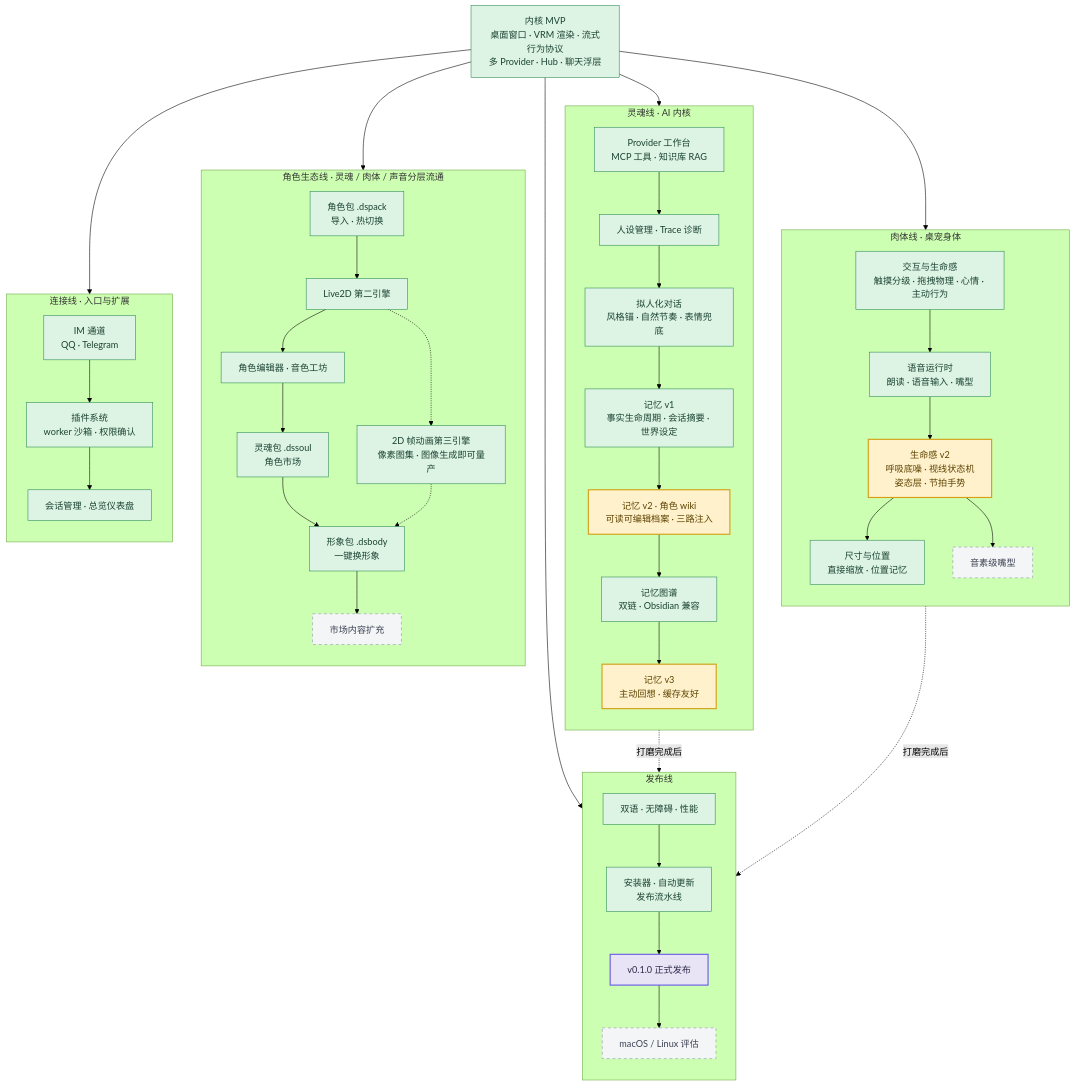
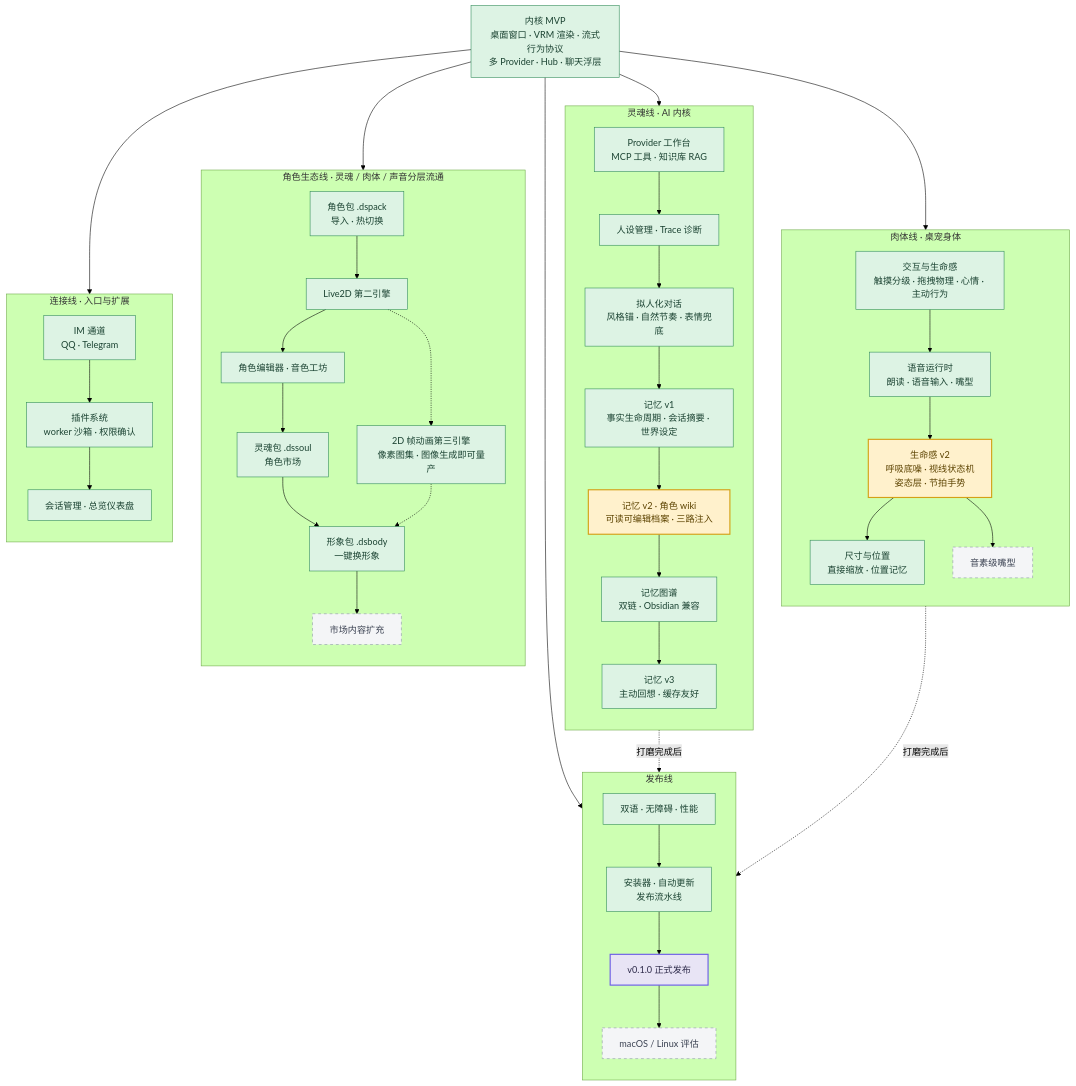
One commit to Furina-he/OpenPet changed the second of 2 diagrams in README.md. Above: the diagram before and after it, drawn with Mermaid (forest theme).

Commit message:
docs(readme): mark roadmap S7 memory v3 as done after real-window verification

````diff
--- a/README.md
+++ b/README.md
@@ -234,72 +234,72 @@
 ```mermaid
 flowchart TB
   classDef done fill:#DDF3E4,stroke:#2E8B57,color:#1B4332
   classDef active fill:#FFF1CC,stroke:#D4A017,color:#5C4300,stroke-width:2px
   classDef plan fill:#F4F5F7,stroke:#8A94A6,color:#3B4252,stroke-dasharray: 5 5
   classDef gate fill:#E8E4F5,stroke:#6C5CE7,color:#2D2A4A,stroke-width:2px
 
   MVP["内核 MVP<br/>桌面窗口 · VRM 渲染 · 流式行为协议<br/>多 Provider · Hub · 聊天浮层"]:::done
 
   subgraph BODY["肉体线 · 桌宠身体"]
     direction TB
     B1["交互与生命感<br/>触摸分级 · 拖拽物理 · 心情 · 主动行为"]:::done
     B2["语音运行时<br/>朗读 · 语音输入 · 嘴型"]:::done
     B3["生命感 v2<br/>呼吸底噪 · 视线状态机<br/>姿态层 · 节拍手势"]:::active
     B4["尺寸与位置<br/>直接缩放 · 位置记忆"]:::done
     B5["音素级嘴型"]:::plan
     B1 --> B2 --> B3
     B3 --> B4
     B3 --> B5
   end
 
   subgraph SOUL["灵魂线 · AI 内核"]
     direction TB
     S1["Provider 工作台<br/>MCP 工具 · 知识库 RAG"]:::done
     S2["人设管理 · Trace 诊断"]:::done
     S3["拟人化对话<br/>风格锚 · 自然节奏 · 表情兜底"]:::done
     S4["记忆 v1<br/>事实生命周期 · 会话摘要 · 世界设定"]:::done
     S5["记忆 v2 · 角色 wiki<br/>可读可编辑档案 · 三路注入"]:::active
     S6["记忆图谱<br/>双链 · Obsidian 兼容"]:::done
-    S7["记忆 v3<br/>主动回想 · 缓存友好"]:::active
+    S7["记忆 v3<br/>主动回想 · 缓存友好"]:::done
     S1 --> S2 --> S3 --> S4 --> S5 --> S6 --> S7
   end
 
   subgraph ECO["角色生态线 · 灵魂 / 肉体 / 声音分层流通"]
     direction TB
     E1["角色包 .dspack<br/>导入 · 热切换"]:::done
     E2["Live2D 第二引擎"]:::done
     E7["2D 帧动画第三引擎<br/>像素图集 · 图像生成即可量产"]:::done
     E3["角色编辑器 · 音色工坊"]:::done
     E4["灵魂包 .dssoul<br/>角色市场"]:::done
     E5["形象包 .dsbody<br/>一键换形象"]:::done
     E6["市场内容扩充"]:::plan
     E1 --> E2 --> E3 --> E4 --> E5 --> E6
     E2 -.-> E7
     E7 -.-> E5
   end
 
   subgraph LINK["连接线 · 入口与扩展"]
     direction TB
     L1["IM 通道<br/>QQ · Telegram"]:::done
     L2["插件系统<br/>worker 沙箱 · 权限确认"]:::done
     L3["会话管理 · 总览仪表盘"]:::done
     L1 --> L2 --> L3
   end
 
   subgraph SHIP["发布线"]
     direction TB
     R1["双语 · 无障碍 · 性能"]:::done
     R2["安装器 · 自动更新<br/>发布流水线"]:::done
     R3["v0.1.0 正式发布"]:::gate
     R4["macOS / Linux 评估"]:::plan
     R1 --> R2 --> R3 --> R4
   end
 
   MVP --> B1
   MVP --> S1
   MVP --> E1
   MVP --> L1
   MVP --> R1
   B3 -.打磨完成后.-> R3
   S7 -.打磨完成后.-> R3
 ```
````
